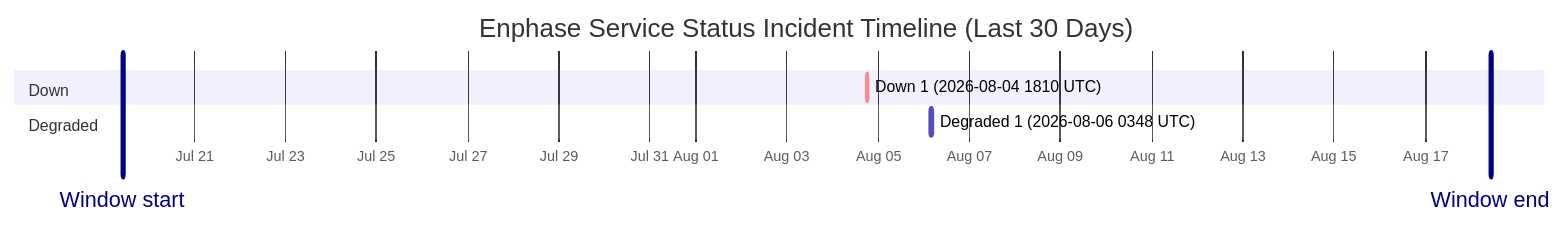
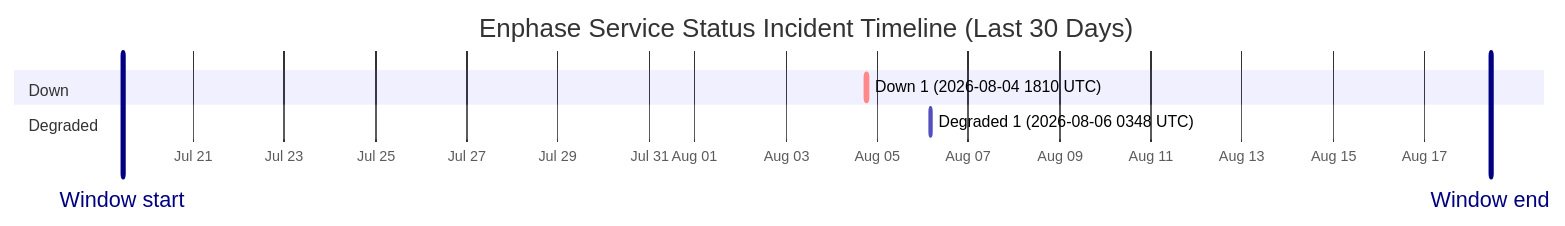
The diagram in wiki/Service-Status-History.md (barneyonline/ha-enphase-energy), drawn with Mermaid before and after one commit. The commit also changed other lines of this file and 3 other files, not shown here.

````diff
--- a/wiki/Service-Status-History.md
+++ b/wiki/Service-Status-History.md
@@ -14,12 +14,12 @@
 ```mermaid
 gantt
     title Enphase Service Status Incident Timeline (Last 30 Days)
     dateFormat  YYYY-MM-DDTHH:mm:ss
     axisFormat  %b %d
-    Window start :vert, window-start, 2026-07-19T10:25:21, 0ms
-    Window end :vert, window-end, 2026-08-18T10:25:21, 0ms
+    Window start :vert, window-start, 2026-07-19T10:55:16, 0ms
+    Window end :vert, window-end, 2026-08-18T10:55:16, 0ms
     section Down
     Down 1 (2026-08-04 1810 UTC) :crit, down-1, 2026-08-04T18:10:46, 60m
     section Degraded
     Degraded 1 (2026-08-06 0348 UTC) :active, degraded-1, 2026-08-06T03:48:14, 60m
 ```
````
